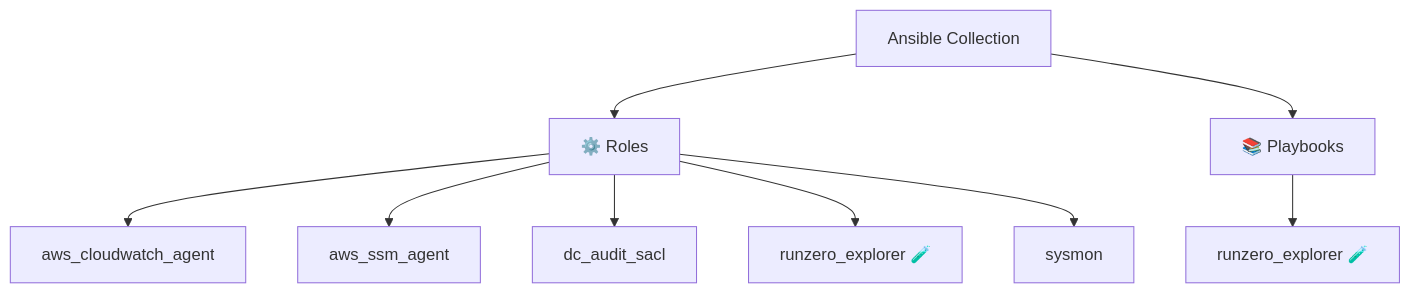
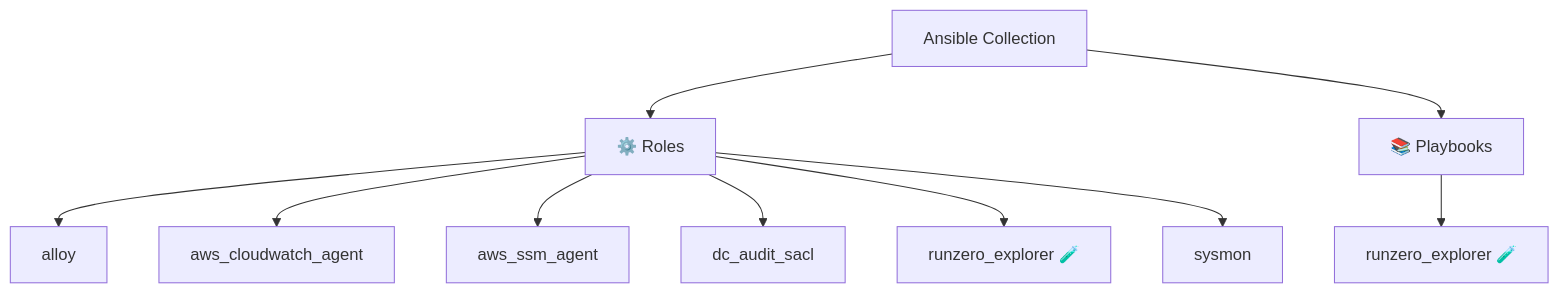
Before and after one commit to l50/ansible-collection-bulwark: the diagram in README.md, drawn with Mermaid. The commit also changed other lines of this file and 7 other files, not shown here.

````diff
--- a/README.md
+++ b/README.md
@@ -14,12 +14,13 @@
 ```mermaid
 graph TD
     Collection[Ansible Collection]
     Collection --> Roles[⚙️ Roles]
-    Roles --> R0[aws_cloudwatch_agent]
-    Roles --> R1[aws_ssm_agent]
-    Roles --> R2[dc_audit_sacl]
-    Roles --> R3[runzero_explorer 🧪]
-    Roles --> R4[sysmon]
+    Roles --> R0[alloy]
+    Roles --> R1[aws_cloudwatch_agent]
+    Roles --> R2[aws_ssm_agent]
+    Roles --> R3[dc_audit_sacl]
+    Roles --> R4[runzero_explorer 🧪]
+    Roles --> R5[sysmon]
     Collection --> Playbooks[📚 Playbooks]
     Playbooks --> PB0[runzero_explorer 🧪]
 ```
````
